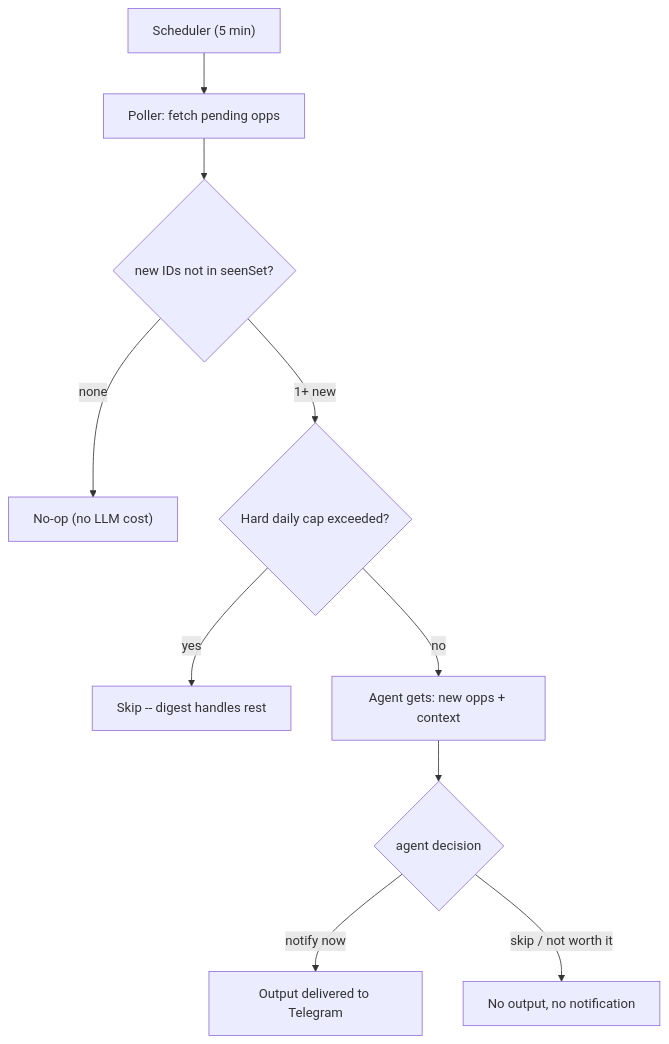
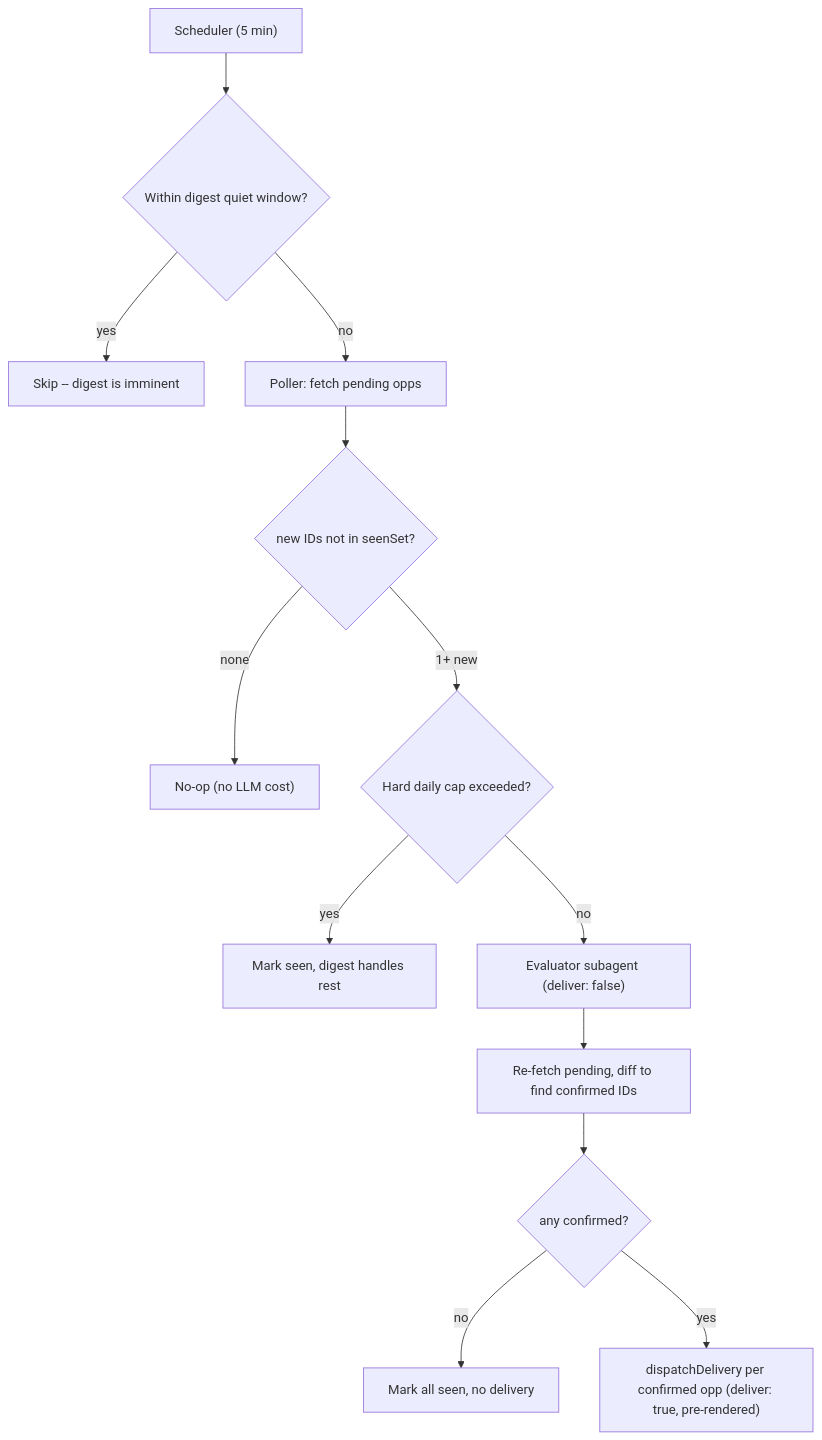
Before and after one commit to indexnetwork/index: the second of 2 diagrams in docs/superpowers/plans/2026-04-22-ambient-discovery-spam-fix.md, drawn with Mermaid. The commit also changed other lines of this file, not shown here.

````diff
--- a/docs/superpowers/plans/2026-04-22-ambient-discovery-spam-fix.md
+++ b/docs/superpowers/plans/2026-04-22-ambient-discovery-spam-fix.md
@@ -69,12 +72,15 @@
 ```mermaid
 flowchart TD
-    Sched["Scheduler (5 min)"] --> Poll
+    Sched["Scheduler (5 min)"] --> DigestCheck
+    DigestCheck{"Within digest quiet window?"} -->|"yes"| Skip["Skip -- digest is imminent"]
+    DigestCheck -->|"no"| Poll
     Poll["Poller: fetch pending opps"] --> Diff
     Diff{"new IDs not in seenSet?"} -->|"none"| NoOp["No-op (no LLM cost)"]
     Diff -->|"1+ new"| Cap
-    Cap{"Hard daily cap exceeded?"} -->|"yes"| Block["Skip -- digest handles rest"]
-    Cap -->|"no"| Agent
-    Agent["Agent gets: new opps + context"] --> Decision
-    Decision{"agent decision"} -->|"notify now"| Deliver["Output delivered to Telegram"]
-    Decision -->|"skip / not worth it"| Silent["No output, no notification"]
+    Cap{"Hard daily cap exceeded?"} -->|"yes"| MarkSeen["Mark seen, digest handles rest"]
+    Cap -->|"no"| Evaluate
+    Evaluate["Evaluator subagent (deliver: false)"] --> Confirmed
+    Confirmed["Re-fetch pending, diff to find confirmed IDs"] --> Any
+    Any{"any confirmed?"} -->|"no"| Done["Mark all seen, no delivery"]
+    Any -->|"yes"| Deliver["dispatchDelivery per confirmed opp (deliver: true, pre-rendered)"]
 ```
````
